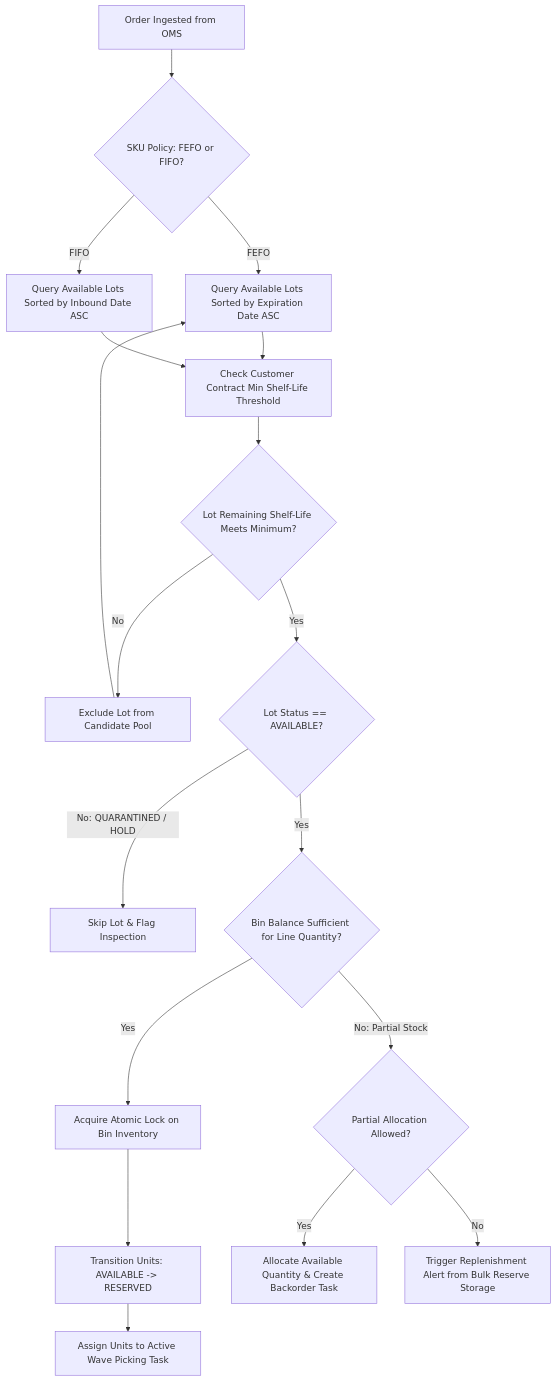
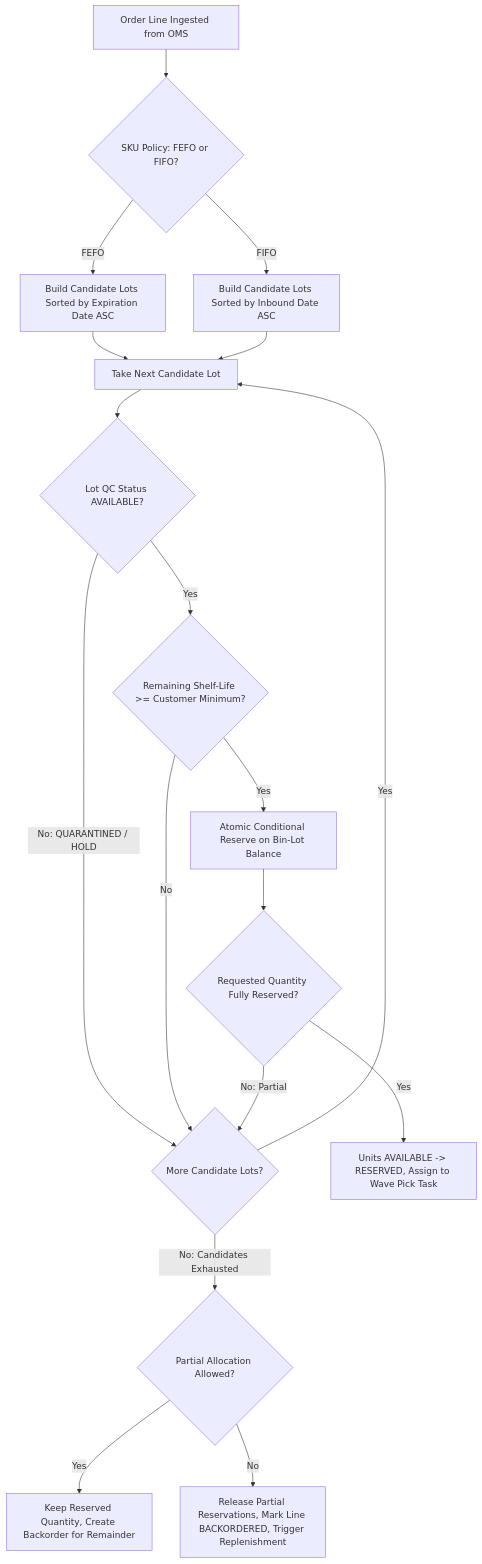
The first of 4 diagrams in docs/05-domain-knowledge/logistics-supply-chain/SMART-WMS-TMS-SPEC.md (phamanhduc8577-hash/business-analyst-hub), drawn with Mermaid before and after one commit. The commit also changed other lines of this file and 3 other files, not shown here.

````diff
--- a/docs/05-domain-knowledge/logistics-supply-chain/SMART-WMS-TMS-SPEC.md
+++ b/docs/05-domain-knowledge/logistics-supply-chain/SMART-WMS-TMS-SPEC.md
@@ -59,25 +61,24 @@
 ```mermaid
 flowchart TD
-    A[Order Ingested from OMS] --> B{SKU Policy: FEFO or FIFO?}
-    B -- FEFO --> C[Query Available Lots Sorted by Expiration Date ASC]
-    B -- FIFO --> D[Query Available Lots Sorted by Inbound Date ASC]
-    
-    C --> E[Check Customer Contract Min Shelf-Life Threshold]
+    A[Order Line Ingested from OMS] --> B{SKU Policy: FEFO or FIFO?}
+    B -- FEFO --> C[Build Candidate Lots Sorted by Expiration Date ASC]
+    B -- FIFO --> D[Build Candidate Lots Sorted by Inbound Date ASC]
+
+    C --> E[Take Next Candidate Lot]
     D --> E
-    
-    E --> F{Lot Remaining Shelf-Life Meets Minimum?}
-    F -- No --> G[Exclude Lot from Candidate Pool]
-    G --> C
-    F -- Yes --> H{Lot Status == AVAILABLE?}
-    
-    H -- No: QUARANTINED / HOLD --> I[Skip Lot & Flag Inspection]
-    H -- Yes --> J{Bin Balance Sufficient for Line Quantity?}
-    
-    J -- Yes --> K[Acquire Atomic Lock on Bin Inventory]
-    K --> L[Transition Units: AVAILABLE -> RESERVED]
-    L --> M[Assign Units to Active Wave Picking Task]
-    
-    J -- No: Partial Stock --> N{Partial Allocation Allowed?}
-    N -- Yes --> O[Allocate Available Quantity & Create Backorder Task]
-    N -- No --> P[Trigger Replenishment Alert from Bulk Reserve Storage]
+
+    E --> F{Lot QC Status AVAILABLE?}
+    F -- No: QUARANTINED / HOLD --> Q{More Candidate Lots?}
+    F -- Yes --> G{Remaining Shelf-Life >= Customer Minimum?}
+    G -- No --> Q
+    G -- Yes --> H[Atomic Conditional Reserve on Bin-Lot Balance]
+
+    H --> I{Requested Quantity Fully Reserved?}
+    I -- Yes --> J[Units AVAILABLE -> RESERVED, Assign to Wave Pick Task]
+    I -- No: Partial --> Q
+
+    Q -- Yes --> E
+    Q -- No: Candidates Exhausted --> N{Partial Allocation Allowed?}
+    N -- Yes --> O[Keep Reserved Quantity, Create Backorder for Remainder]
+    N -- No --> P[Release Partial Reservations, Mark Line BACKORDERED, Trigger Replenishment]
 ```
````
